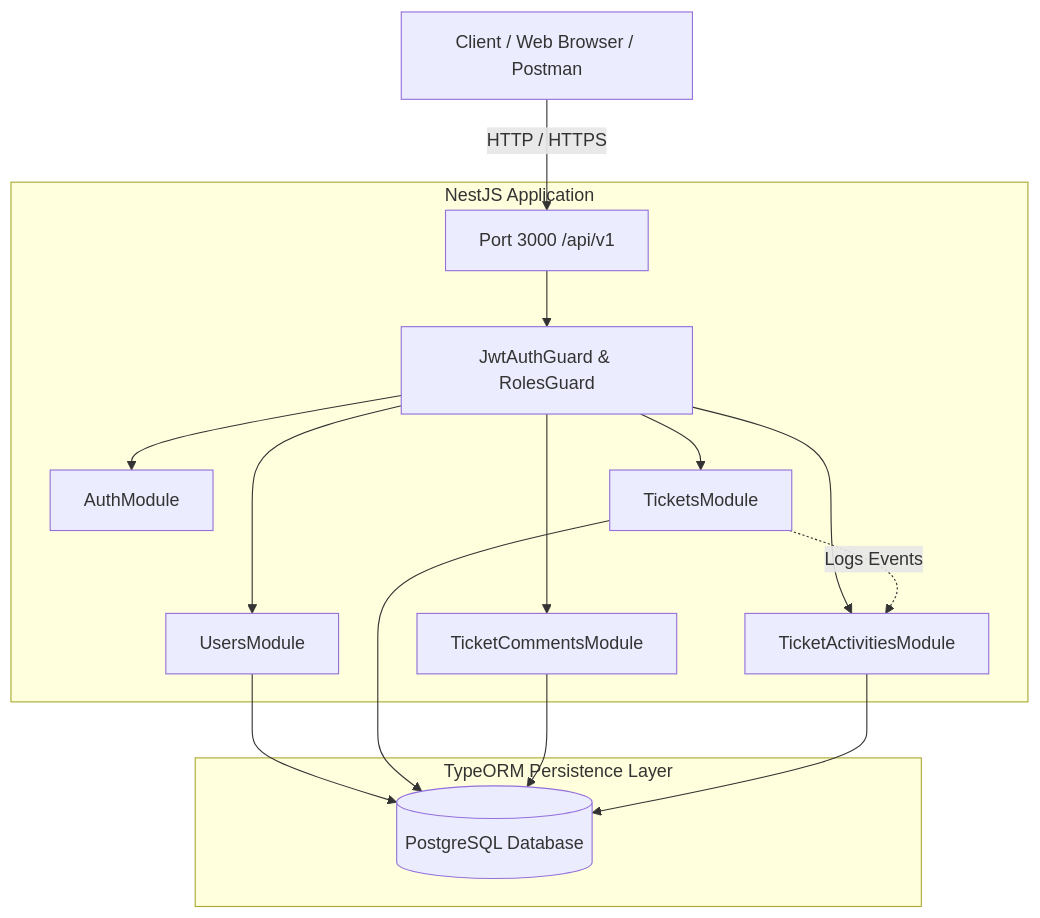
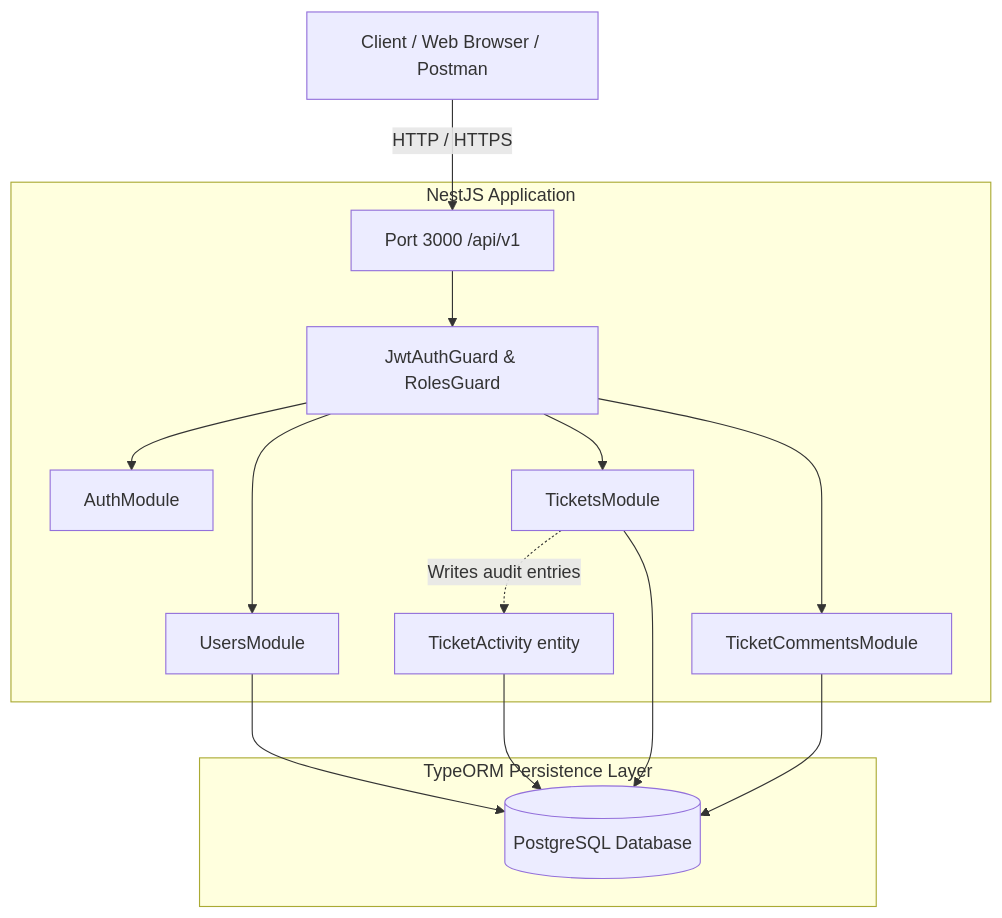
One commit to tanvir-cpp/HelpDesk changed the first of 2 diagrams in README.md. Above: the diagram before and after it, drawn with Mermaid. The commit also changed other lines of this file, not shown here.

````diff
--- a/README.md
+++ b/README.md
@@ -78,22 +96,20 @@
 ```mermaid
 graph TD
     Client[Client / Web Browser / Postman] -->|HTTP / HTTPS| Ingress[Port 3000 /api/v1]
     
     subgraph "NestJS Application"
         Ingress --> Guards[JwtAuthGuard & RolesGuard]
         Guards --> AuthMod[AuthModule]
         Guards --> UserMod[UsersModule]
         Guards --> TicketMod[TicketsModule]
         Guards --> CommentMod[TicketCommentsModule]
-        Guards --> ActMod[TicketActivitiesModule]
-
-        TicketMod -.->|Logs Events| ActMod
+        TicketMod -.->|Writes audit entries| ActEnt[TicketActivity entity]
     end
 
     subgraph "TypeORM Persistence Layer"
         UserMod --> DB[(PostgreSQL Database)]
         TicketMod --> DB
         CommentMod --> DB
-        ActMod --> DB
+        ActEnt --> DB
     end
 ```
````
